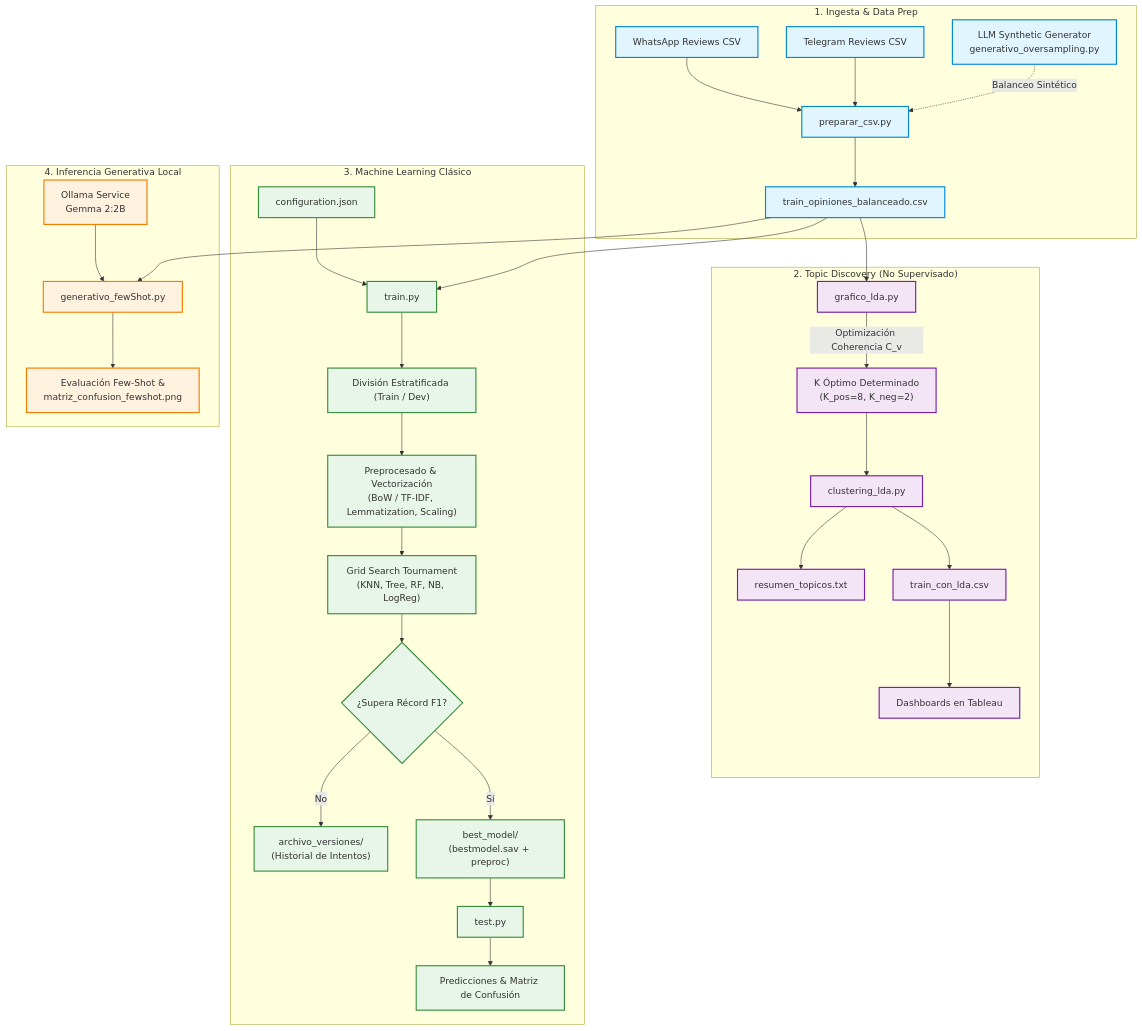
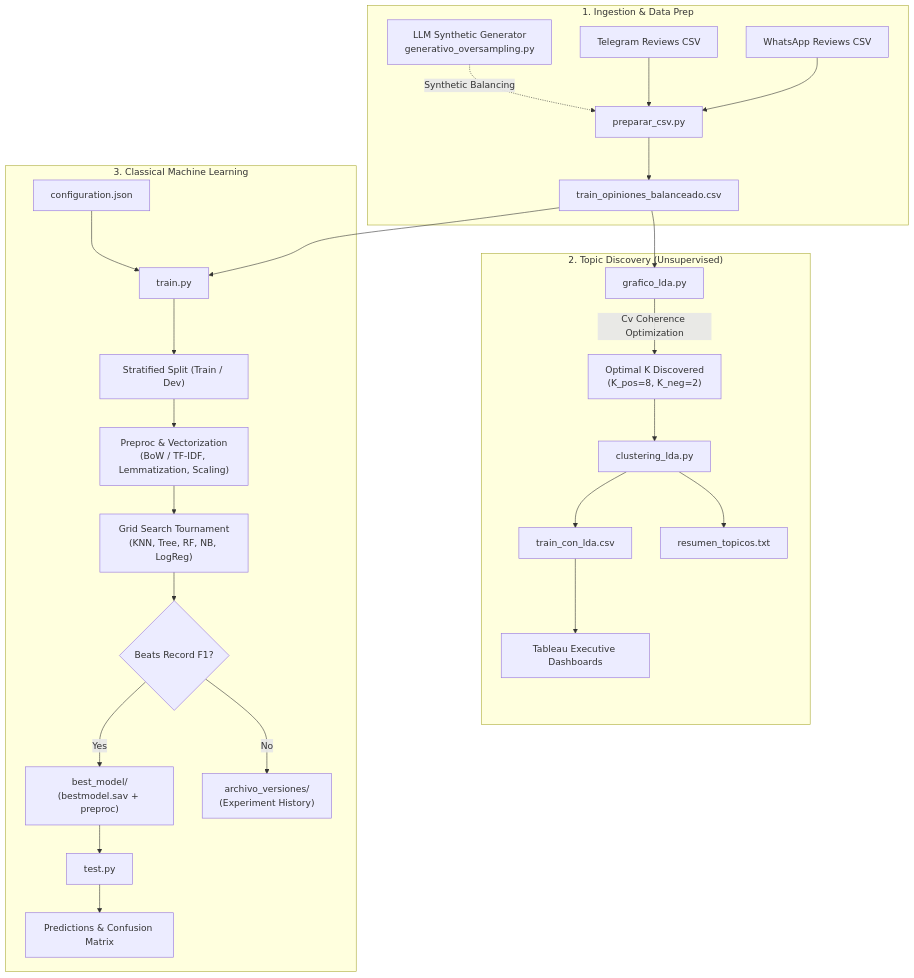
Before and after one commit to aimarlarriba/SAD-WhatsApp: the diagram in README.md, drawn with Mermaid. The commit also changed other lines of this file and 1 other file, not shown here.

````diff
--- a/README.md
+++ b/README.md
@@ -50,47 +52,31 @@
 ```mermaid
 flowchart TD
-    subgraph Ingestion["1. Ingesta & Data Prep"]
+    subgraph Ingestion["1. Ingestion & Data Prep"]
         D1[WhatsApp Reviews CSV] --> P[preparar_csv.py]
         D2[Telegram Reviews CSV] --> P
-        D3[LLM Synthetic Generator<br/>generativo_oversampling.py] -. Balanceo Sintético .-> P
+        D3[LLM Synthetic Generator<br/>generativo_oversampling.py] -. Synthetic Balancing .-> P
         P --> M[train_opiniones_balanceado.csv]
     end
 
-    subgraph Unsupervised["2. Topic Discovery (No Supervisado)"]
+    subgraph Unsupervised["2. Topic Discovery (Unsupervised)"]
         M --> GL[grafico_lda.py]
-        GL -- "Optimización Coherencia C_v" --> K["K Óptimo Determinado<br/>(K_pos=8, K_neg=2)"]
+        GL -- "Cv Coherence Optimization" --> K["Optimal K Discovered<br/>(K_pos=8, K_neg=2)"]
         K --> CL[clustering_lda.py]
         CL --> TAB[train_con_lda.csv]
         CL --> TXT[resumen_topicos.txt]
-        TAB --> BI[Dashboards en Tableau]
+        TAB --> BI[Tableau Executive Dashboards]
     end
 
-    subgraph Supervised["3. Machine Learning Clásico"]
+    subgraph Supervised["3. Classical Machine Learning"]
         M --> TR[train.py]
         CFG[configuration.json] --> TR
-        TR --> Split["División Estratificada (Train / Dev)"]
-        Split --> Prep["Preprocesado & Vectorización<br/>(BoW / TF-IDF, Lemmatization, Scaling)"]
+        TR --> Split["Stratified Split (Train / Dev)"]
+        Split --> Prep["Preproc & Vectorization<br/>(BoW / TF-IDF, Lemmatization, Scaling)"]
         Prep --> GS["Grid Search Tournament<br/>(KNN, Tree, RF, NB, LogReg)"]
-        GS --> Champion{"¿Supera Récord F1?"}
-        Champion -- Sí --> Best["best_model/<br/>(bestmodel.sav + preproc)"]
-        Champion -- No --> Arch["archivo_versiones/<br/>(Historial de Intentos)"]
+        GS --> Champion{"Beats Record F1?"}
+        Champion -- Yes --> Best["best_model/<br/>(bestmodel.sav + preproc)"]
+        Champion -- No --> Arch["archivo_versiones/<br/>(Experiment History)"]
         Best --> TE[test.py]
-        TE --> Preds["Predicciones & Matriz de Confusión"]
+        TE --> Preds["Predictions & Confusion Matrix"]
     end
-
-    subgraph Generative["4. Inferencia Generativa Local"]
-        M --> LLM_Script[generativo_fewShot.py]
-        OLL[Ollama Service<br/>Gemma 2:2B] --> LLM_Script
-        LLM_Script --> Eval["Evaluación Few-Shot &<br/>matriz_confusion_fewshot.png"]
-    end
-
-    classDef ing fill:#e1f5fe,stroke:#0288d1,stroke-width:2px;
-    classDef unsup fill:#f3e5f5,stroke:#7b1fa2,stroke-width:2px;
-    classDef sup fill:#e8f5e9,stroke:#388e3c,stroke-width:2px;
-    classDef gen fill:#fff3e0,stroke:#f57c00,stroke-width:2px;
-
-    class D1,D2,D3,P,M ing;
-    class GL,K,CL,TAB,TXT,BI unsup;
-    class TR,CFG,Split,Prep,GS,Champion,Best,Arch,TE,Preds sup;
-    class LLM_Script,OLL,Eval gen;
 ```
````
